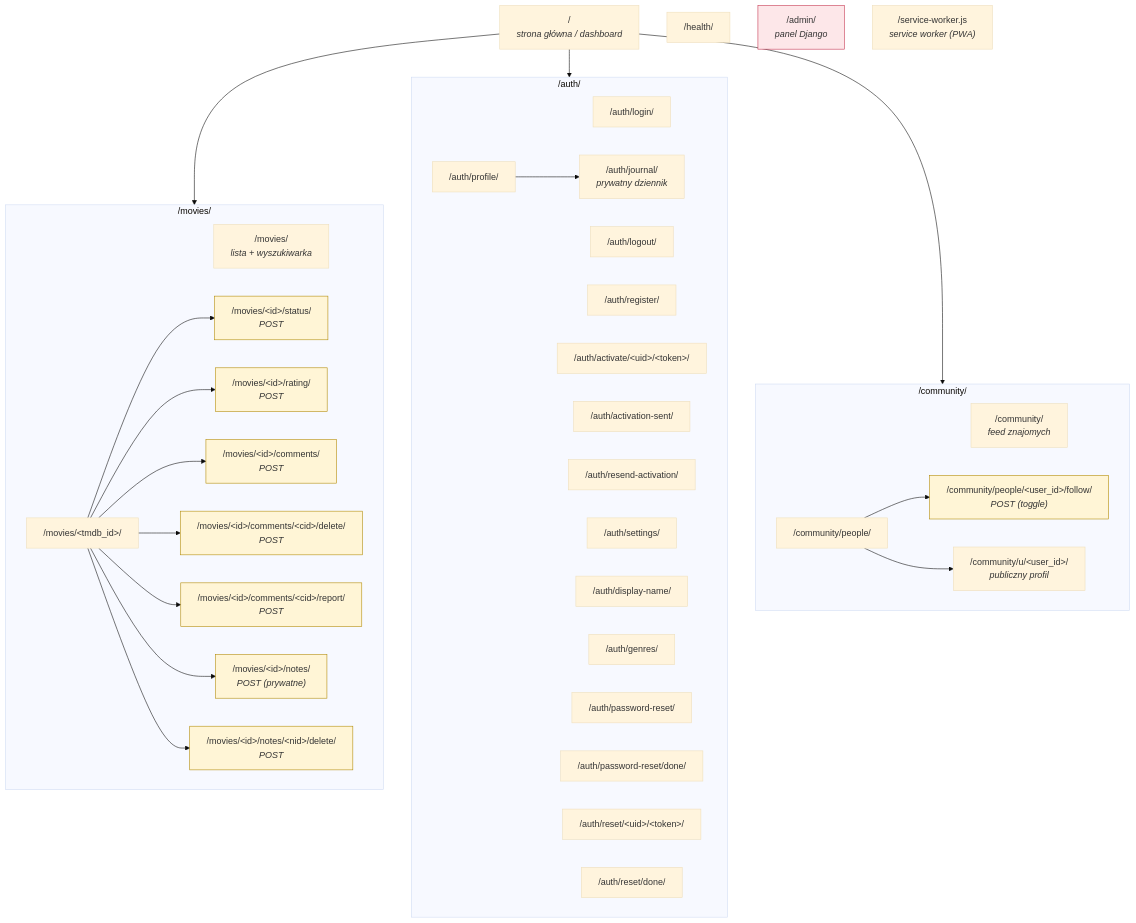
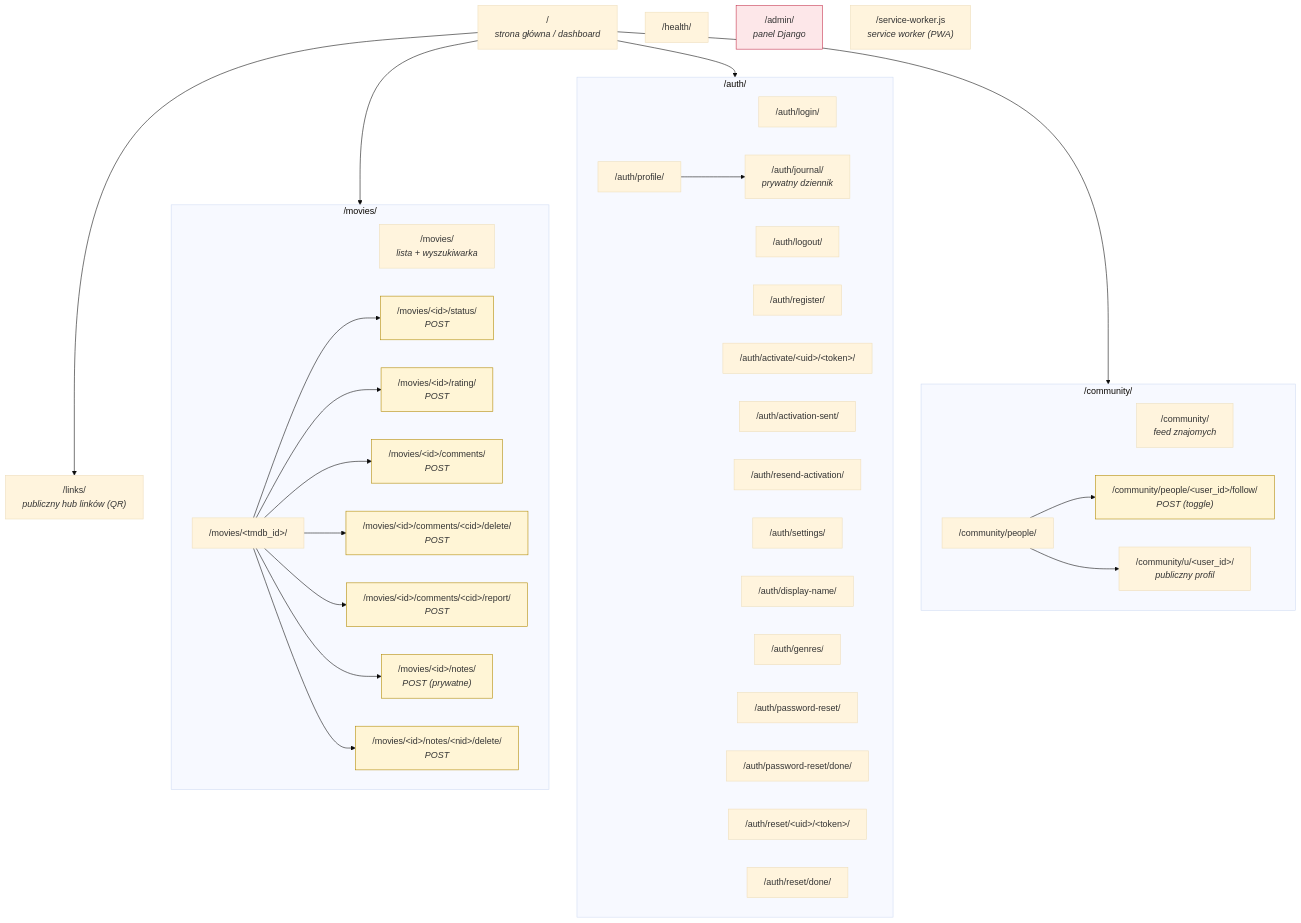
One commit to agatav13/aster changed the diagram in docs/ux/sitemap.md. Above: the diagram before and after it, drawn with Mermaid (base theme). The commit also changed 4 other files, not shown here.

First line of the commit message:
docs(architecture): sync ERD, endpoints, deps for v1.1.0

````diff
--- a/docs/ux/sitemap.md
+++ b/docs/ux/sitemap.md
@@ -8,68 +8,70 @@
 ```mermaid
 graph TD
     root["/<br/><i>strona główna / dashboard</i>"]
     health["/health/"]
     admin["/admin/<br/><i>panel Django</i>"]
     sw["/service-worker.js<br/><i>service worker (PWA)</i>"]
+    links["/links/<br/><i>publiczny hub linków (QR)</i>"]
 
     subgraph Auth["/auth/"]
       login["/auth/login/"]
       logout["/auth/logout/"]
       register["/auth/register/"]
       activate["/auth/activate/&lt;uid&gt;/&lt;token&gt;/"]
       activation_sent["/auth/activation-sent/"]
       resend["/auth/resend-activation/"]
       profile["/auth/profile/"]
       settings["/auth/settings/"]
       display_name["/auth/display-name/"]
       genres["/auth/genres/"]
       journal["/auth/journal/<br/><i>prywatny dziennik</i>"]
       pwreset["/auth/password-reset/"]
       pwreset_done["/auth/password-reset/done/"]
       pwreset_confirm["/auth/reset/&lt;uid&gt;/&lt;token&gt;/"]
       pwreset_complete["/auth/reset/done/"]
     end
 
     subgraph Movies["/movies/"]
       list["/movies/<br/><i>lista + wyszukiwarka</i>"]
       detail["/movies/&lt;tmdb_id&gt;/"]
       status_act["/movies/&lt;id&gt;/status/<br/><i>POST</i>"]
       rating_act["/movies/&lt;id&gt;/rating/<br/><i>POST</i>"]
       comment_create["/movies/&lt;id&gt;/comments/<br/><i>POST</i>"]
       comment_del["/movies/&lt;id&gt;/comments/&lt;cid&gt;/delete/<br/><i>POST</i>"]
       comment_report["/movies/&lt;id&gt;/comments/&lt;cid&gt;/report/<br/><i>POST</i>"]
       note_create["/movies/&lt;id&gt;/notes/<br/><i>POST (prywatne)</i>"]
       note_del["/movies/&lt;id&gt;/notes/&lt;nid&gt;/delete/<br/><i>POST</i>"]
     end
 
     subgraph Community["/community/"]
       feed["/community/<br/><i>feed znajomych</i>"]
       people["/community/people/"]
       profile_pub["/community/u/&lt;user_id&gt;/<br/><i>publiczny profil</i>"]
       follow_act["/community/people/&lt;user_id&gt;/follow/<br/><i>POST (toggle)</i>"]
     end
 
     root --> Movies
     root --> Auth
     root --> Community
+    root --> links
     detail --> status_act
     detail --> rating_act
     detail --> comment_create
     detail --> comment_del
     detail --> comment_report
     detail --> note_create
     detail --> note_del
     profile --> journal
     people --> follow_act
     people --> profile_pub
 
     style admin fill:#fde7e9,stroke:#c4314b
     style status_act fill:#fff5d6,stroke:#b08800
     style rating_act fill:#fff5d6,stroke:#b08800
     style comment_create fill:#fff5d6,stroke:#b08800
     style comment_del fill:#fff5d6,stroke:#b08800
     style comment_report fill:#fff5d6,stroke:#b08800
     style note_create fill:#fff5d6,stroke:#b08800
     style note_del fill:#fff5d6,stroke:#b08800
     style follow_act fill:#fff5d6,stroke:#b08800
 ```
````
